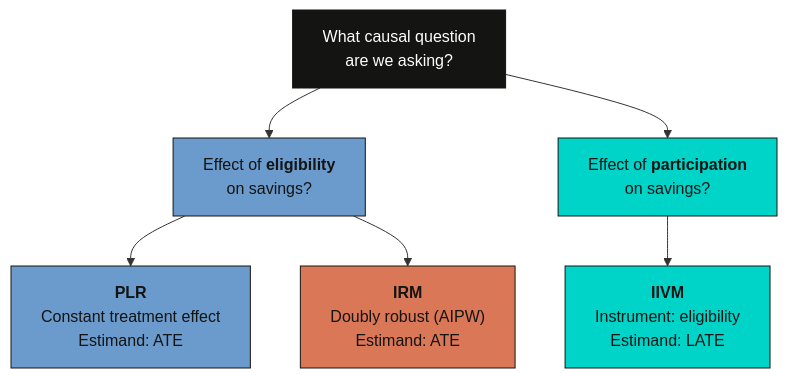
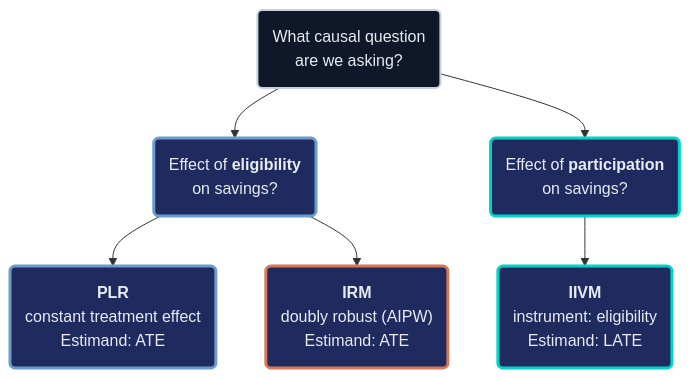
Before and after one commit to cmg777/starter-academic-v501: the second of 2 diagrams in content/post/python_doubleml_pension/index.md, drawn with Mermaid. The commit also changed other lines of this file and 16 other files, not shown here.

First line of the commit message:
content(mermaid): restyle flowcharts in Python posts, batch 1 of 2

````diff
--- a/content/post/python_doubleml_pension/index.md
+++ b/content/post/python_doubleml_pension/index.md
@@ -265,15 +268,16 @@
 ```mermaid
 graph TD
-    Q["What causal question<br/>are we asking?"] --> A["Effect of <b>eligibility</b><br/>on savings?"]
-    Q --> B["Effect of <b>participation</b><br/>on savings?"]
-    A --> PLR["<b>PLR</b><br/>Constant treatment effect<br/>Estimand: ATE"]
-    A --> IRM["<b>IRM</b><br/>Doubly robust (AIPW)<br/>Estimand: ATE"]
-    B --> IIVM["<b>IIVM</b><br/>Instrument: eligibility<br/>Estimand: LATE"]
-
-    style Q fill:#141413,stroke:#141413,color:#fff
-    style A fill:#6a9bcc,stroke:#141413,color:#141413
-    style B fill:#00d4c8,stroke:#141413,color:#141413
-    style PLR fill:#6a9bcc,stroke:#141413,color:#141413
-    style IRM fill:#d97757,stroke:#141413,color:#141413
-    style IIVM fill:#00d4c8,stroke:#141413,color:#141413
+    Q("What causal question<br/>are we asking?") --> A("Effect of <b>eligibility</b><br/>on savings?")
+    Q --> B("Effect of <b>participation</b><br/>on savings?")
+    A --> PLR("<b>PLR</b><br/>constant treatment effect<br/>Estimand: ATE")
+    A --> IRM("<b>IRM</b><br/>doubly robust (AIPW)<br/>Estimand: ATE")
+    B --> IIVM("<b>IIVM</b><br/>instrument: eligibility<br/>Estimand: LATE")
+    classDef anchor fill:#0f1729,stroke:#c8d0e0,stroke-width:2px,color:#e8ecf2
+    classDef blue fill:#1f2b5e,stroke:#6a9bcc,stroke-width:3px,color:#e8ecf2
+    classDef teal fill:#1f2b5e,stroke:#00d4c8,stroke-width:3px,color:#e8ecf2
+    classDef orange fill:#1f2b5e,stroke:#d97757,stroke-width:3px,color:#e8ecf2
+    class Q anchor
+    class A,PLR blue
+    class B,IIVM teal
+    class IRM orange
 ```
````
